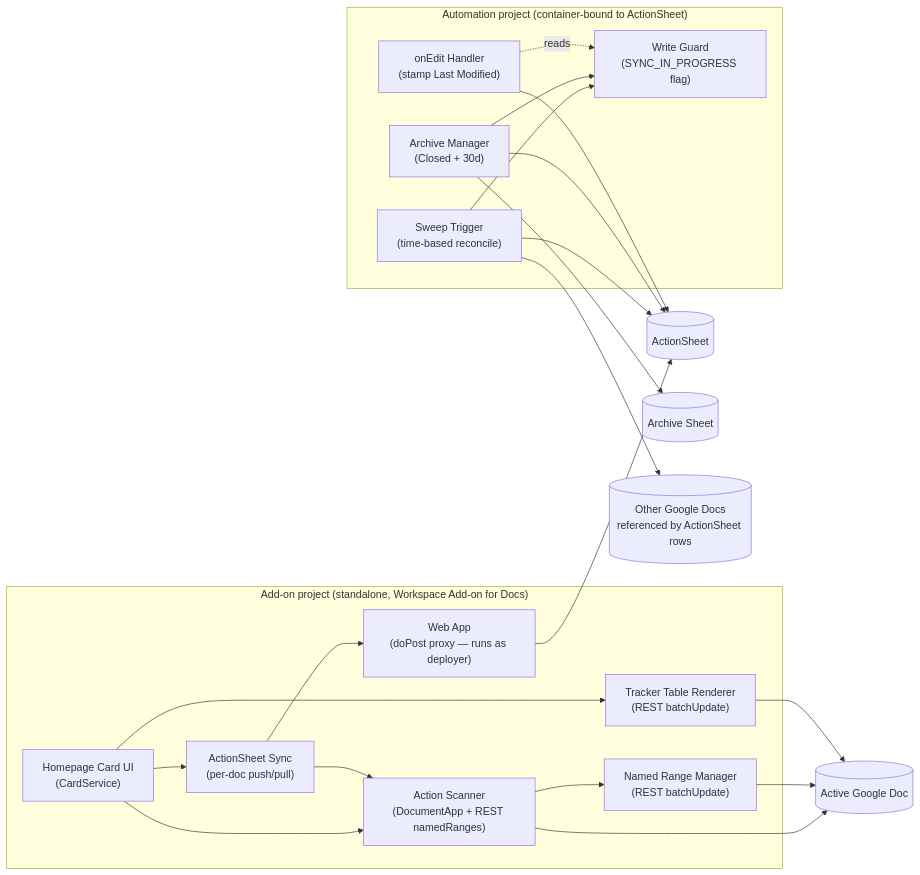
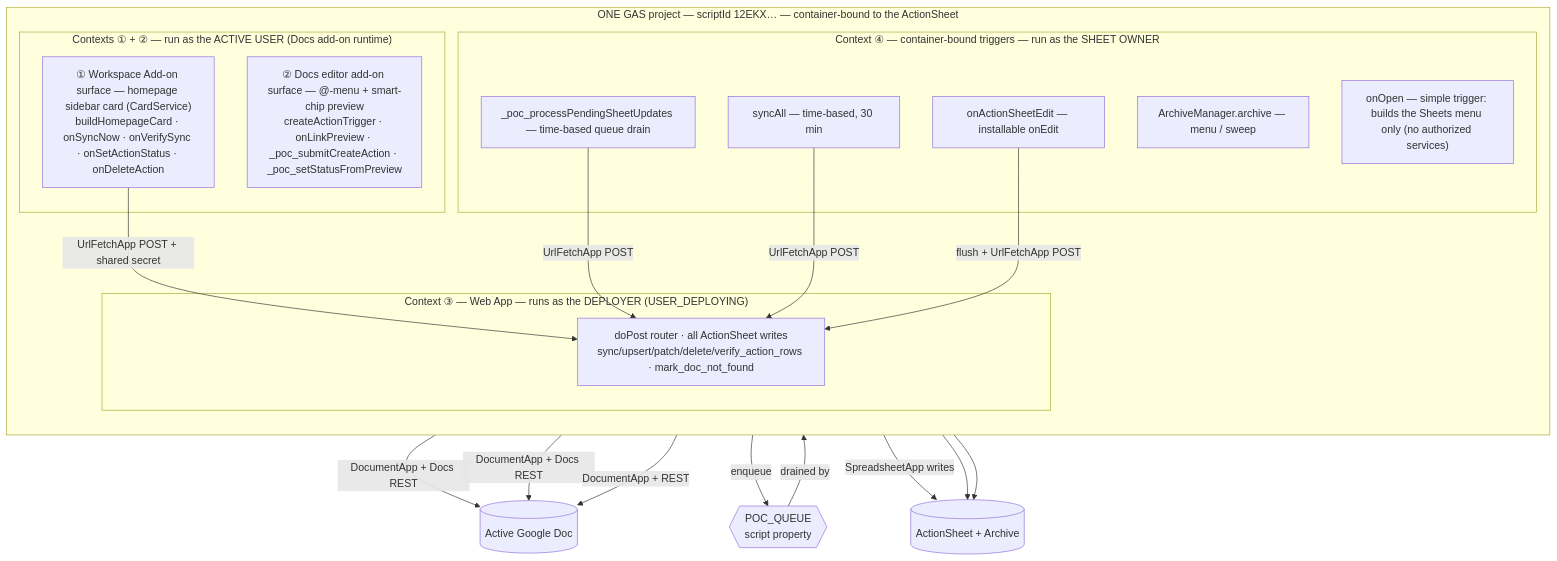
One commit to stuartdonaldson/GActionSheet changed the first of 7 diagrams in docs/DESIGN.md. Above: the diagram before and after it, drawn with Mermaid. The commit also changed other lines of this file and 8 other files, not shown here.

````diff
--- a/docs/DESIGN.md
+++ b/docs/DESIGN.md
@@ -109,44 +131,37 @@
 ```mermaid
-graph LR
-    subgraph AddOn["Add-on project (standalone, Workspace Add-on for Docs)"]
-        Sidebar["Homepage Card UI<br/>(CardService)"]
-        Scanner["Action Scanner<br/>(DocumentApp + REST namedRanges)"]
-        NRM["Named Range Manager<br/>(REST batchUpdate)"]
-        Tracker["Tracker Table Renderer<br/>(REST batchUpdate)"]
-        DocSync["ActionSheet Sync<br/>(per-doc push/pull)"]
-        WebApp["Web App<br/>(doPost proxy — runs as deployer)"]
-
-        Sidebar --> Scanner
-        Sidebar --> Tracker
-        Sidebar --> DocSync
-        Scanner --> NRM
-        DocSync --> Scanner
-        DocSync --> WebApp
-    end
-
-    subgraph Automation["Automation project (container-bound to ActionSheet)"]
-        OnEdit["onEdit Handler<br/>(stamp Last Modified)"]
-        Sweep["Sweep Trigger<br/>(time-based reconcile)"]
-        Archive["Archive Manager<br/>(Closed + 30d)"]
-        Guard["Write Guard<br/>(SYNC_IN_PROGRESS flag)"]
-
-        Sweep --> Guard
-        Archive --> Guard
-        OnEdit -. reads .-> Guard
+graph TB
+    subgraph proj["ONE GAS project — scriptId 12EKX… — container-bound to the ActionSheet"]
+        direction TB
+        subgraph user["Contexts ① + ② — run as the ACTIVE USER (Docs add-on runtime)"]
+            WS["① Workspace Add-on surface — homepage sidebar card (CardService)<br/>buildHomepageCard · onSyncNow · onVerifySync · onSetActionStatus · onDeleteAction"]
+            ED["② Docs editor add-on surface — @-menu + smart-chip preview<br/>createActionTrigger · onLinkPreview · _poc_submitCreateAction · _poc_setStatusFromPreview"]
+        end
+        subgraph deployer["Context ③ — Web App — runs as the DEPLOYER (USER_DEPLOYING)"]
+            WEB["doPost router · all ActionSheet writes<br/>sync/upsert/patch/delete/verify_action_rows · mark_doc_not_found"]
+        end
+        subgraph owner["Context ④ — container-bound triggers — run as the SHEET OWNER"]
+            OE["onActionSheetEdit — installable onEdit"]
+            SA["syncAll — time-based, 30 min"]
+            DRAIN["_poc_processPendingSheetUpdates — time-based queue drain"]
+            ARCH["ArchiveManager.archive — menu / sweep"]
+            OO["onOpen — simple trigger: builds the Sheets menu only (no authorized services)"]
+        end
     end
 
     Doc[(Active Google Doc)]
-    ActionSheet[(ActionSheet)]
-    ArchiveSheet[(Archive Sheet)]
-    OtherDocs[(Other Google Docs<br/>referenced by ActionSheet rows)]
+    Sheet[(ActionSheet + Archive)]
+    Q{{POC_QUEUE<br/>script property}}
 
-    Scanner --> Doc
-    NRM --> Doc
-    Tracker --> Doc
-    WebApp --> ActionSheet
-    Sweep --> ActionSheet
-    Sweep --> OtherDocs
-    Archive --> ActionSheet
-    Archive --> ArchiveSheet
-    OnEdit --> ActionSheet
+    WS -->|DocumentApp + Docs REST| Doc
+    ED -->|DocumentApp + Docs REST| Doc
+    WS -->|UrlFetchApp POST + shared secret| WEB
+    ED -->|enqueue| Q
+    Q -->|drained by| DRAIN
+    DRAIN -->|UrlFetchApp POST| WEB
+    SA -->|DocumentApp + REST| Doc
+    SA -->|UrlFetchApp POST| WEB
+    OE -->|flush + UrlFetchApp POST| WEB
+    WEB -->|SpreadsheetApp writes| Sheet
+    OE --> Sheet
+    ARCH --> Sheet
 ```
````
